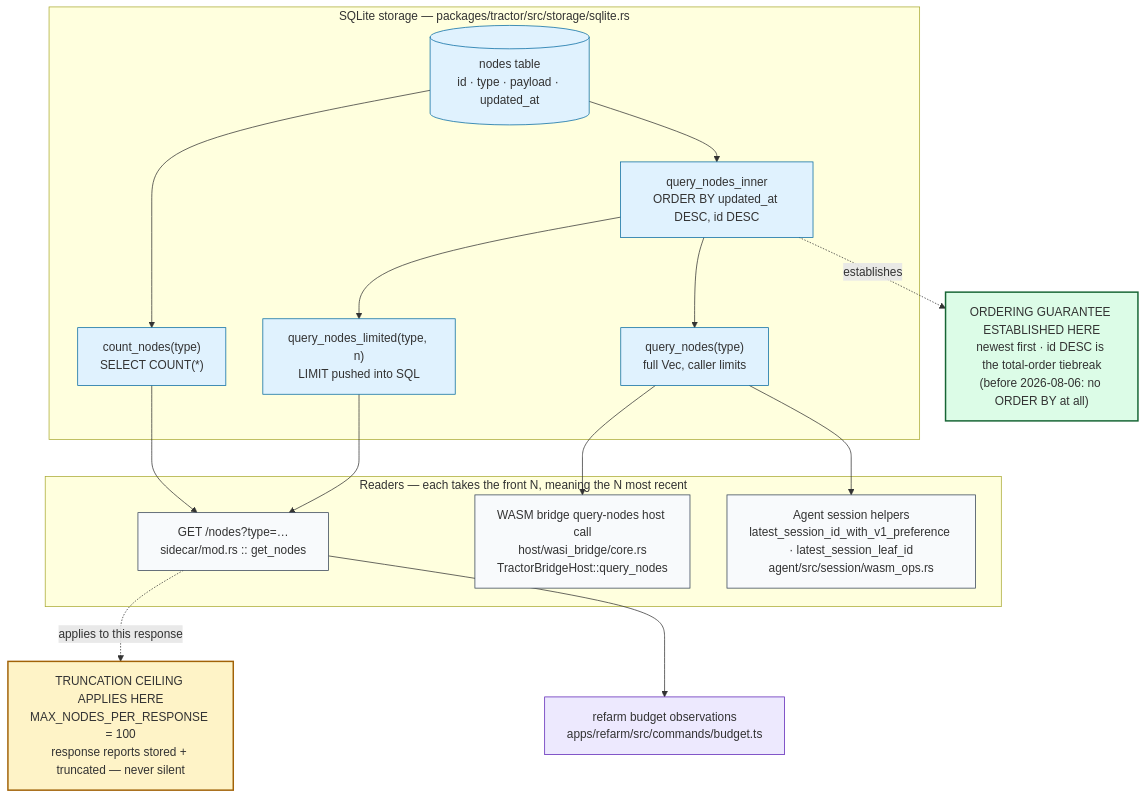
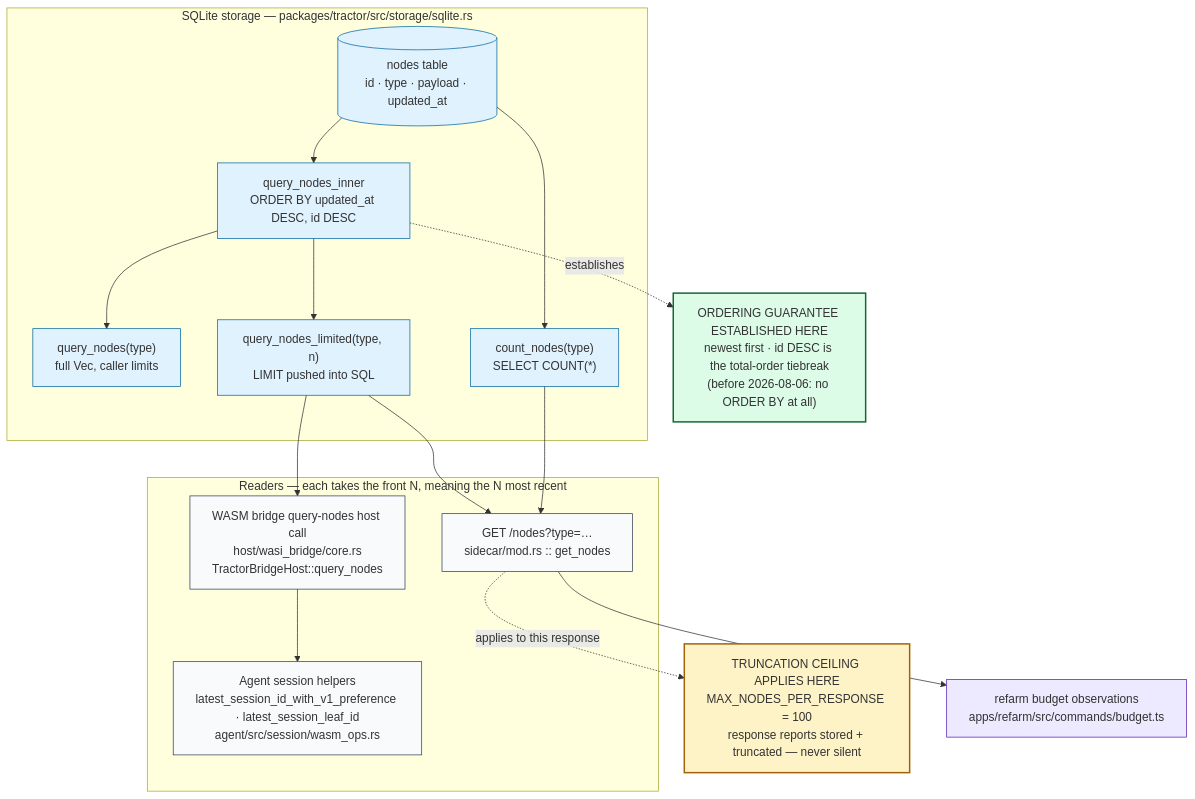
Before and after one commit to aretw0/refarm: the diagram in specs/diagrams/record-read-path.mermaid, drawn with Mermaid. The commit also changed 1 other file, not shown here.

First paragraph of the commit message:
fix(diagrams): the bridge no longer feeds session from the unlimited query
record-read-path.mermaid drew QN --> BRIDGE and QN --> SESSION -- both
readers hitting the unlimited query_nodes directly. As of 8bf5d345 the
bridge calls query_nodes_limited, so the first edge was false.

```diff
--- a/specs/diagrams/record-read-path.mermaid
+++ b/specs/diagrams/record-read-path.mermaid
@@ -1,47 +1,47 @@
 flowchart TB
   subgraph Storage["SQLite storage — packages/tractor/src/storage/sqlite.rs"]
     DB[("nodes table\nid · type · payload · updated_at")]
     INNER["query_nodes_inner\nORDER BY updated_at DESC, id DESC"]
     QN["query_nodes(type)\nfull Vec, caller limits"]
     QNL["query_nodes_limited(type, n)\nLIMIT pushed into SQL"]
     CN["count_nodes(type)\nSELECT COUNT(*)"]
   end
 
   GUAR["ORDERING GUARANTEE ESTABLISHED HERE\nnewest first · id DESC is the total-order tiebreak\n(before 2026-08-06: no ORDER BY at all)"]
 
   subgraph Readers["Readers — each takes the front N, meaning the N most recent"]
     SIDECAR["GET /nodes?type=…\nsidecar/mod.rs :: get_nodes"]
     BRIDGE["WASM bridge query-nodes host call\nhost/wasi_bridge/core.rs\nTractorBridgeHost::query_nodes"]
     SESSION["Agent session helpers\nlatest_session_id_with_v1_preference · latest_session_leaf_id\nagent/src/session/wasm_ops.rs"]
   end
 
   CEIL["TRUNCATION CEILING APPLIES HERE\nMAX_NODES_PER_RESPONSE = 100\nresponse reports stored + truncated — never silent"]
 
   CLI["refarm budget observations\napps/refarm/src/commands/budget.ts"]
 
   DB --> INNER
   INNER --> QN
   INNER --> QNL
   DB --> CN
   INNER -.->|establishes| GUAR
 
   QNL --> SIDECAR
   CN --> SIDECAR
   SIDECAR -.->|applies to this response| CEIL
 
-  QN --> BRIDGE
-  QN --> SESSION
+  QNL --> BRIDGE
+  BRIDGE --> SESSION
 
   SIDECAR --> CLI
 
   classDef storage fill:#e0f2fe,stroke:#0369a1,stroke-width:1px;
   classDef guarantee fill:#dcfce7,stroke:#166534,stroke-width:2px;
   classDef ceiling fill:#fef3c7,stroke:#a16207,stroke-width:2px;
   classDef reader fill:#f8fafc,stroke:#334155,stroke-width:1px;
   classDef cli fill:#ede9fe,stroke:#5b21b6,stroke-width:1px;
 
   class DB,INNER,QN,QNL,CN storage;
   class GUAR guarantee;
   class CEIL ceiling;
   class SIDECAR,BRIDGE,SESSION reader;
   class CLI cli;
```
